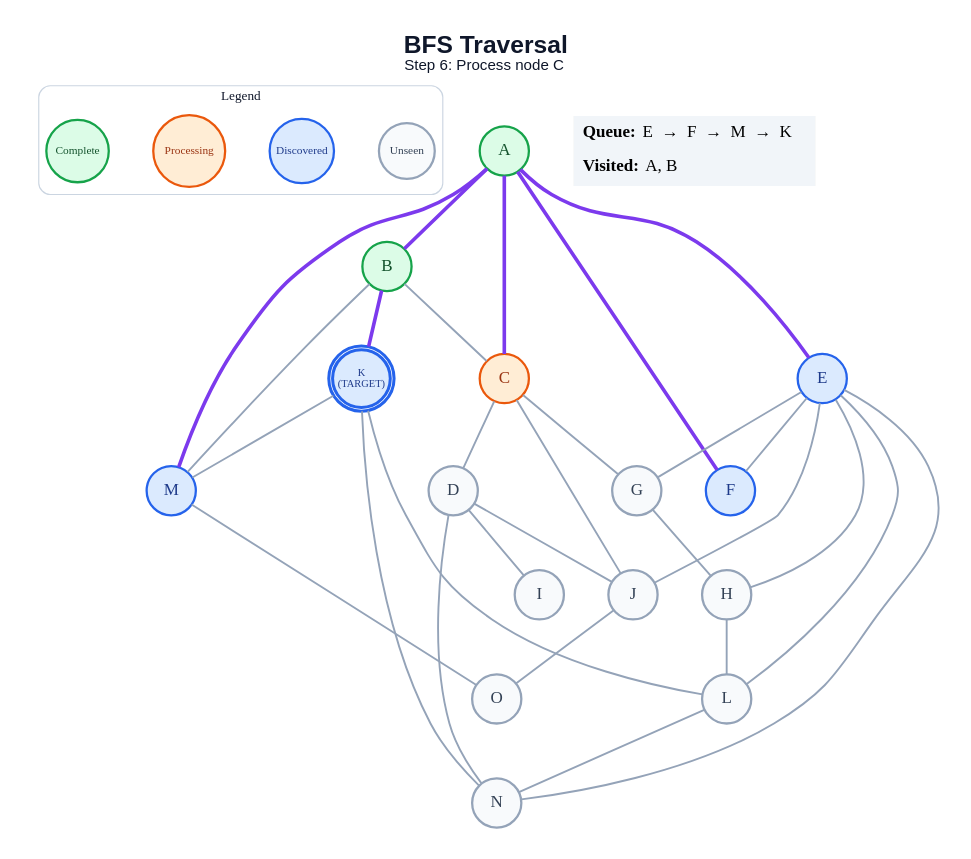
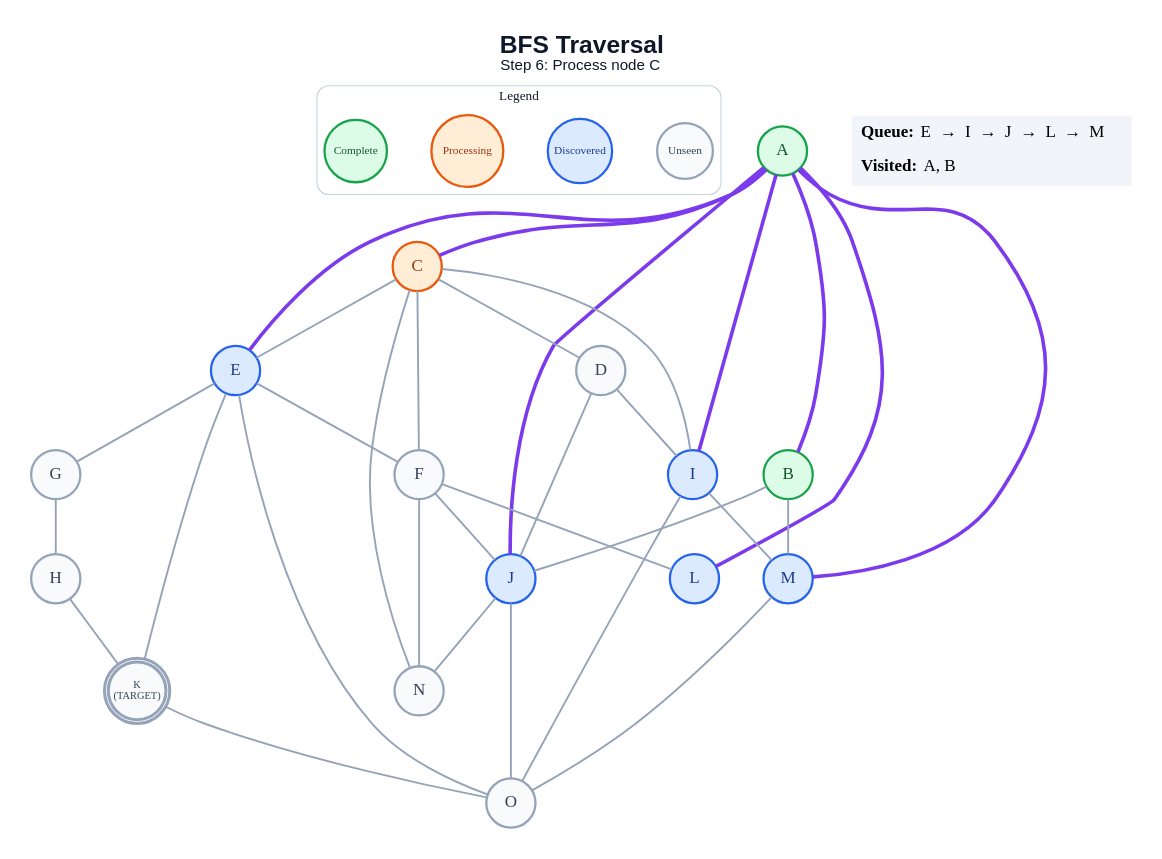
The diagram in generated/specific-node/bfs/step_06.dot (anon7238593-create/ai-slop), drawn with Graphviz before and after one commit. The commit also changed 264 other files, not shown here.

```diff
--- a/generated/specific-node/bfs/step_06.dot
+++ b/generated/specific-node/bfs/step_06.dot
@@ -1,62 +1,65 @@
 graph traversal {
   graph [layout=dot, rankdir=TB, bgcolor="#FFFFFF", pad="0.35", nodesep="0.65", ranksep="0.8", fontname="Arial"];
   node [shape=circle, style="filled", fontname="Arial Bold", fontsize=18, width=0.72, fixedsize=true, penwidth=2.4];
   edge [color="#94A3B8", penwidth=2.0];
   label=<<B>BFS Traversal</B><BR/><FONT POINT-SIZE="16">Step 6: Process node C</FONT>>; labelloc="t"; fontsize=26; fontname="Arial"; fontcolor="#0F172A";
   subgraph cluster_legend { label="Legend"; color="#CBD5E1"; penwidth=1.2; style="rounded"; fontsize=14; fontname="Arial Bold";
     key_unseen [label="Unseen", fillcolor="#F8FAFC", color="#94A3B8", fontcolor="#334155", fontsize=12, width=0.82];
     key_frontier [label="Discovered", fillcolor="#DBEAFE", color="#2563EB", fontcolor="#1E3A8A", fontsize=12, width=0.95];
     key_current [label="Processing", fillcolor="#FFEDD5", color="#EA580C", fontcolor="#9A3412", fontsize=12, width=1.05];
     key_done [label="Complete", fillcolor="#DCFCE7", color="#16A34A", fontcolor="#14532D", fontsize=12, width=0.92];
     { rank=same; key_unseen; key_frontier; key_current; key_done; }
   }
   A [label="A", fillcolor="#DCFCE7", color="#16A34A", fontcolor="#14532D", peripheries=1, penwidth=2.4];
   B [label="B", fillcolor="#DCFCE7", color="#16A34A", fontcolor="#14532D", peripheries=1, penwidth=2.4];
   C [label="C", fillcolor="#FFEDD5", color="#EA580C", fontcolor="#9A3412", peripheries=1, penwidth=2.4];
   D [label="D", fillcolor="#F8FAFC", color="#94A3B8", fontcolor="#334155", peripheries=1, penwidth=2.4];
   E [label="E", fillcolor="#DBEAFE", color="#2563EB", fontcolor="#1E3A8A", peripheries=1, penwidth=2.4];
-  F [label="F", fillcolor="#DBEAFE", color="#2563EB", fontcolor="#1E3A8A", peripheries=1, penwidth=2.4];
+  F [label="F", fillcolor="#F8FAFC", color="#94A3B8", fontcolor="#334155", peripheries=1, penwidth=2.4];
   G [label="G", fillcolor="#F8FAFC", color="#94A3B8", fontcolor="#334155", peripheries=1, penwidth=2.4];
   H [label="H", fillcolor="#F8FAFC", color="#94A3B8", fontcolor="#334155", peripheries=1, penwidth=2.4];
-  I [label="I", fillcolor="#F8FAFC", color="#94A3B8", fontcolor="#334155", peripheries=1, penwidth=2.4];
-  J [label="J", fillcolor="#F8FAFC", color="#94A3B8", fontcolor="#334155", peripheries=1, penwidth=2.4];
-  K [label="K\n(TARGET)", fillcolor="#DBEAFE", color="#2563EB", fontcolor="#1E3A8A", peripheries=2, penwidth=3.2, fontsize=11, width=0.85, height=0.85];
-  L [label="L", fillcolor="#F8FAFC", color="#94A3B8", fontcolor="#334155", peripheries=1, penwidth=2.4];
+  I [label="I", fillcolor="#DBEAFE", color="#2563EB", fontcolor="#1E3A8A", peripheries=1, penwidth=2.4];
+  J [label="J", fillcolor="#DBEAFE", color="#2563EB", fontcolor="#1E3A8A", peripheries=1, penwidth=2.4];
+  K [label="K\n(TARGET)", fillcolor="#F8FAFC", color="#94A3B8", fontcolor="#334155", peripheries=2, penwidth=3.2, fontsize=11, width=0.85, height=0.85];
+  L [label="L", fillcolor="#DBEAFE", color="#2563EB", fontcolor="#1E3A8A", peripheries=1, penwidth=2.4];
   M [label="M", fillcolor="#DBEAFE", color="#2563EB", fontcolor="#1E3A8A", peripheries=1, penwidth=2.4];
   N [label="N", fillcolor="#F8FAFC", color="#94A3B8", fontcolor="#334155", peripheries=1, penwidth=2.4];
   O [label="O", fillcolor="#F8FAFC", color="#94A3B8", fontcolor="#334155", peripheries=1, penwidth=2.4];
   A -- B [color="#7C3AED", penwidth=3.8];
   A -- C [color="#7C3AED", penwidth=3.8];
   A -- E [color="#7C3AED", penwidth=3.8];
-  A -- F [color="#7C3AED", penwidth=3.8];
+  A -- I [color="#7C3AED", penwidth=3.8];
+  A -- J [color="#7C3AED", penwidth=3.8];
+  A -- L [color="#7C3AED", penwidth=3.8];
   A -- M [color="#7C3AED", penwidth=3.8];
-  B -- C;
-  B -- K [color="#7C3AED", penwidth=3.8];
+  B -- J;
   B -- M;
   C -- D;
-  C -- G;
-  C -- J;
+  C -- E;
+  C -- F;
+  C -- I;
+  C -- N;
   D -- I;
   D -- J;
-  D -- N;
   E -- F;
   E -- G;
-  E -- H;
-  E -- J;
-  E -- L;
-  E -- N;
+  E -- K;
+  E -- O;
+  F -- J;
+  F -- L;
+  F -- N;
   G -- H;
-  H -- L;
+  H -- K;
+  I -- M;
+  I -- O;
+  J -- N;
   J -- O;
-  K -- L;
-  K -- M;
-  K -- N;
-  L -- N;
+  K -- O;
   M -- O;
   status [shape=plain, fixedsize=false, width=0, height=0, margin=0, label=<
     <TABLE BORDER="0" CELLBORDER="0" CELLPADDING="7" BGCOLOR="#F1F5F9">
-      <TR><TD ALIGN="LEFT"><B>Queue:</B> E  →  F  →  M  →  K</TD></TR>
+      <TR><TD ALIGN="LEFT"><B>Queue:</B> E  →  I  →  J  →  L  →  M</TD></TR>
       <TR><TD ALIGN="LEFT"><B>Visited:</B> A, B</TD></TR>
     </TABLE>
   >];
 }
```
